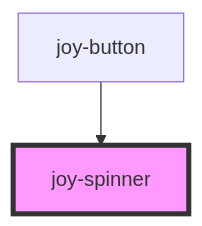
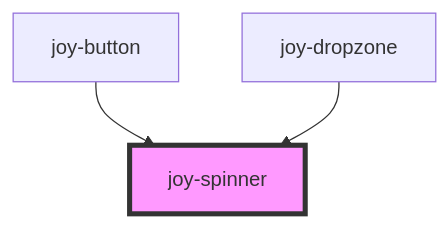
The diagram in core/src/components/spinner/readme.md (Maltcommunity/joy), drawn with Mermaid before and after one commit. The commit also changed other lines of this file and 18 other files, not shown here.

````diff
--- a/core/src/components/spinner/readme.md
+++ b/core/src/components/spinner/readme.md
@@ -22,5 +23,6 @@
 ```mermaid
 graph TD;
   joy-button --> joy-spinner
+  joy-dropzone --> joy-spinner
   style joy-spinner fill:#f9f,stroke:#333,stroke-width:4px
 ```
````
